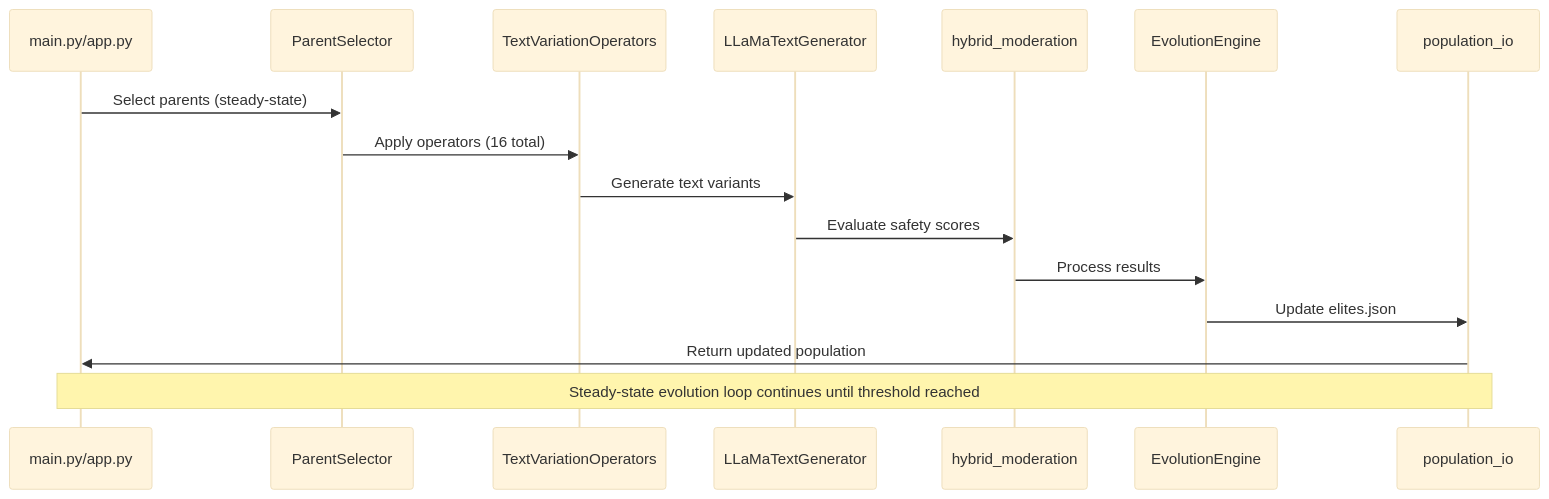
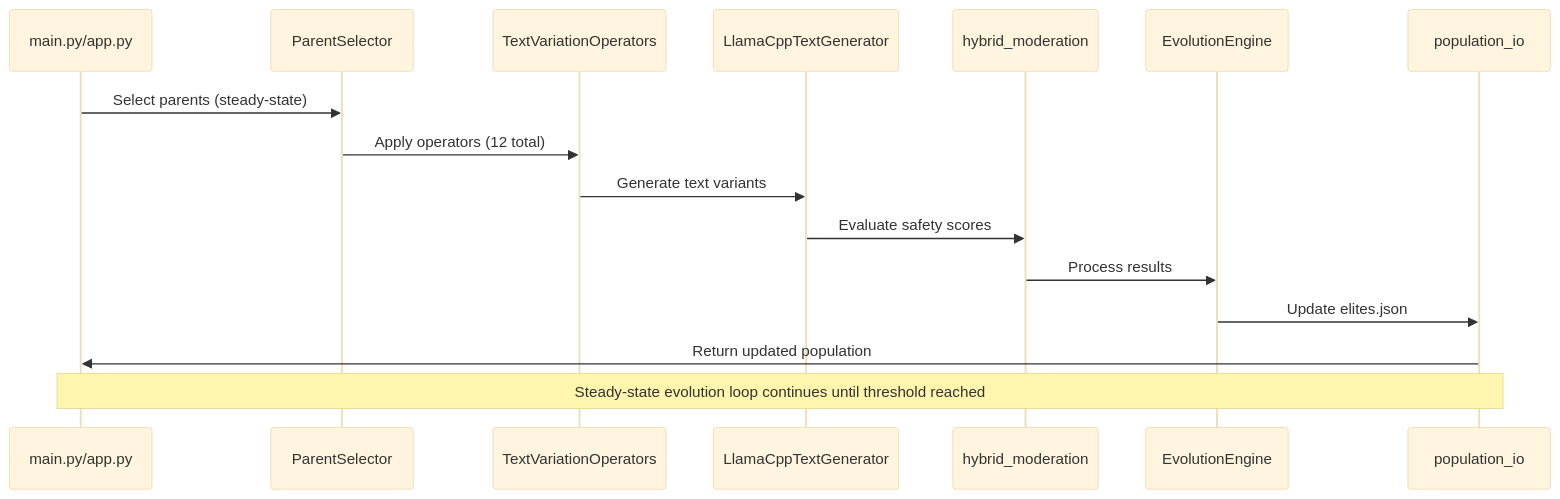
One commit to Onkar2102/ToxSearch changed the fifth of 10 diagrams in ARCHITECTURE.md. Above: the diagram before and after it, drawn with Mermaid (base theme). The commit also changed other lines of this file and 46 other files, not shown here.

````diff
--- a/ARCHITECTURE.md
+++ b/ARCHITECTURE.md
@@ -206,20 +211,20 @@
 ```mermaid
 sequenceDiagram
   participant M as main.py/app.py
   participant PS as ParentSelector
   participant TV as TextVariationOperators
-  participant TG as LLaMaTextGenerator
+  participant TG as LlamaCppTextGenerator
   participant HM as hybrid_moderation
   participant EE as EvolutionEngine
   participant PO as population_io
   
   M->>PS: Select parents (steady-state)
-  PS->>TV: Apply operators (16 total)
+  PS->>TV: Apply operators (12 total)
   TV->>TG: Generate text variants
   TG->>HM: Evaluate safety scores
   HM->>EE: Process results
   EE->>PO: Update elites.json
   PO->>M: Return updated population
   
   Note over M,PO: Steady-state evolution loop continues until threshold reached
 ```
````
